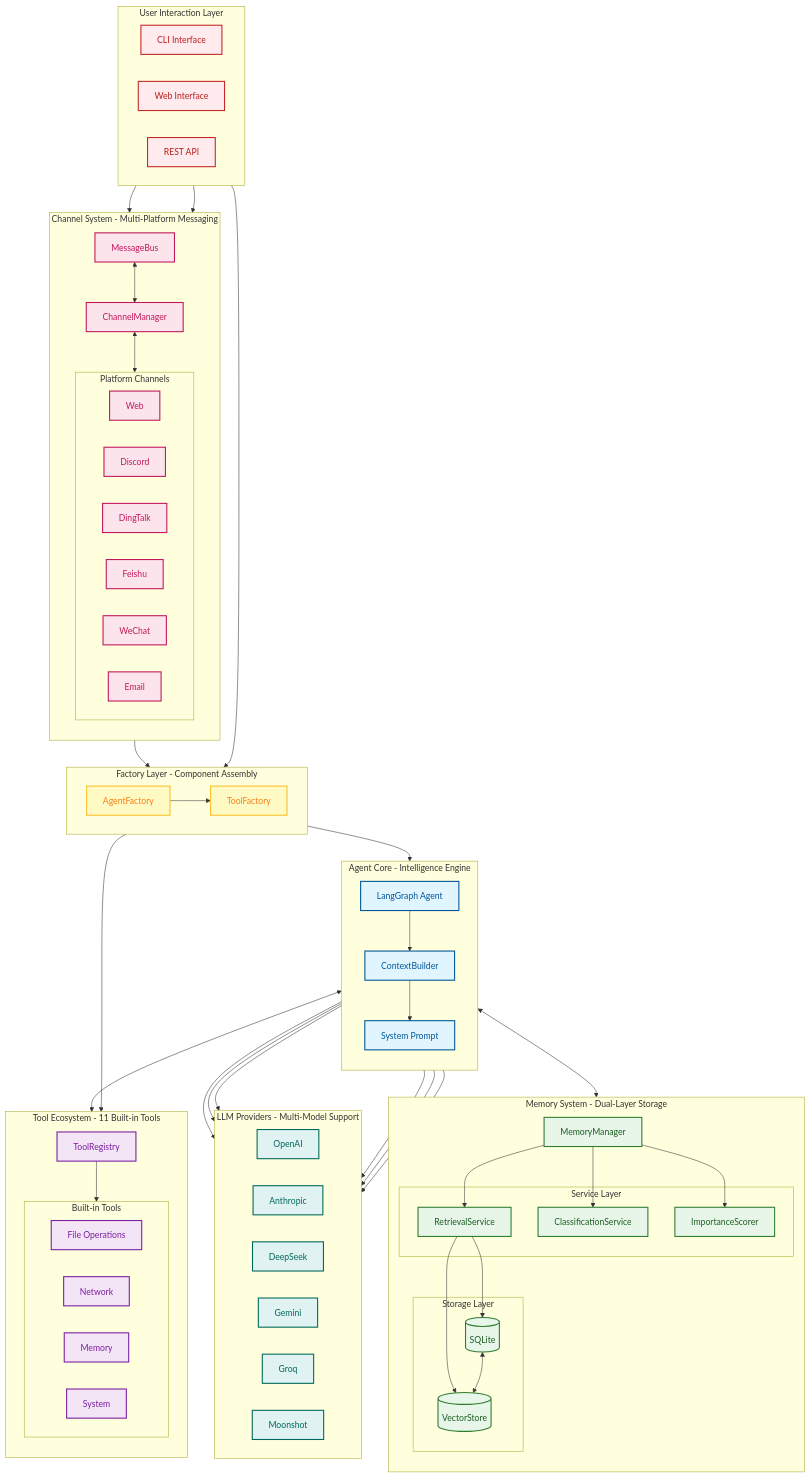
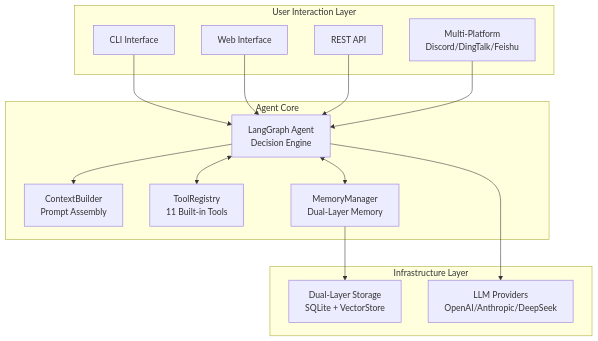
The second of 8 diagrams in docs/en-US/blog/finchbot-flexible-ai-agent-framework.md (xt765/FinchBot), drawn with Mermaid before and after one commit. The commit also changed other lines of this file, not shown here.

````diff
--- a/docs/en-US/blog/finchbot-flexible-ai-agent-framework.md
+++ b/docs/en-US/blog/finchbot-flexible-ai-agent-framework.md
@@ -152,116 +149,33 @@
 ```mermaid
-graph TD
-    classDef userLayer fill:#ffebee,stroke:#c62828,stroke-width:2px,color:#b71c1c;
-    classDef factoryLayer fill:#fff9c4,stroke:#fbc02d,stroke-width:2px,color:#f57f17;
-    classDef coreLayer fill:#e1f5fe,stroke:#01579b,stroke-width:2px,color:#01579b;
-    classDef memoryLayer fill:#e8f5e9,stroke:#2e7d32,stroke-width:2px,color:#1b5e20;
-    classDef toolLayer fill:#f3e5f5,stroke:#7b1fa2,stroke-width:2px,color:#7b1fa2;
-    classDef channelLayer fill:#fce4ec,stroke:#c2185b,stroke-width:2px,color:#c2185b;
-    classDef infraLayer fill:#e0f2f1,stroke:#00695c,stroke-width:2px,color:#00695c;
+graph TB
+    subgraph UI [User Interaction Layer]
+        CLI[CLI Interface]
+        Web[Web Interface]
+        API[REST API]
+        Channels[Multi-Platform<br/>Discord/DingTalk/Feishu]
+    end
 
-    subgraph UserLayer [User Interaction Layer]
-        direction LR
-        CLI[CLI Interface]
-        WebUI[Web Interface]
-        API[REST API]
+    subgraph Core [Agent Core]
+        Agent[LangGraph Agent<br/>Decision Engine]
+        Context[ContextBuilder<br/>Prompt Assembly]
+        Tools[ToolRegistry<br/>11 Built-in Tools]
+        Memory[MemoryManager<br/>Dual-Layer Memory]
     end
-    class CLI,WebUI,API userLayer
 
-    subgraph ChannelSystem [Channel System - Multi-Platform Messaging]
-        direction TB
-        Bus[MessageBus]
-        CM[ChannelManager]
+    subgraph Infra [Infrastructure Layer]
+        Storage[Dual-Layer Storage<br/>SQLite + VectorStore]
+        LLM[LLM Providers<br/>OpenAI/Anthropic/DeepSeek]
+    end
 
-        Bus <--> CM
+    CLI --> Agent
+    Web --> Agent
+    API --> Agent
+    Channels --> Agent
 
-        subgraph Channels [Platform Channels]
-            WebCh[Web]
-            DiscordCh[Discord]
-            DingTalkCh[DingTalk]
-            FeishuCh[Feishu]
-            WeChatCh[WeChat]
-            EmailCh[Email]
-        end
+    Agent --> Context
+    Agent <--> Tools
+    Agent <--> Memory
 
-        CM <--> Channels
-    end
-    class Bus,CM channelLayer
-    class WebCh,DiscordCh,DingTalkCh,FeishuCh,WeChatCh,EmailCh channelLayer
-
-    subgraph FactoryLayer [Factory Layer - Component Assembly]
-        direction LR
-        AF[AgentFactory]
-        TF[ToolFactory]
-    end
-    class AF,TF factoryLayer
-
-    subgraph AgentCore [Agent Core - Intelligence Engine]
-        direction TB
-        Agent[LangGraph Agent]
-        CB[ContextBuilder]
-        SP[System Prompt]
-
-        Agent --> CB
-        CB --> SP
-    end
-    class Agent,CB,SP coreLayer
-
-    subgraph MemorySystem [Memory System - Dual-Layer Storage]
-        direction TB
-        MM[MemoryManager]
-
-        subgraph Services [Service Layer]
-            RS[RetrievalService]
-            CS[ClassificationService]
-            IS[ImportanceScorer]
-        end
-
-        subgraph Storage [Storage Layer]
-            SQLite[(SQLite)]
-            Vector[(VectorStore)]
-        end
-
-        MM --> RS & CS & IS
-        RS --> SQLite & Vector
-        SQLite <--> Vector
-    end
-    class MM,RS,CS,IS,SQLite,Vector memoryLayer
-
-    subgraph ToolEcosystem [Tool Ecosystem - 11 Built-in Tools]
-        direction TB
-        TR[ToolRegistry]
-
-        subgraph BuiltInTools [Built-in Tools]
-            FileTools[File Operations]
-            WebTools[Network]
-            MemTools[Memory]
-            SysTools[System]
-        end
-
-        TR --> BuiltInTools
-    end
-    class TR,FileTools,WebTools,MemTools,SysTools toolLayer
-
-    subgraph LLMProviders [LLM Providers - Multi-Model Support]
-        direction LR
-        OpenAI[OpenAI]
-        Anthropic[Anthropic]
-        DeepSeek[DeepSeek]
-        Gemini[Gemini]
-        Groq[Groq]
-        Moonshot[Moonshot]
-    end
-    class OpenAI,Anthropic,DeepSeek,Gemini,Groq,Moonshot infraLayer
-
-    CLI & WebUI --> Bus
-    API --> AF
-
-    Bus --> AF
-    AF --> Agent
-    AF --> TF
-    TF --> TR
-
-    Agent <--> MM
-    Agent <--> TR
-    Agent --> OpenAI & Anthropic & DeepSeek & Gemini & Groq & Moonshot
+    Memory --> Storage
+    Agent --> LLM
 ```
````
